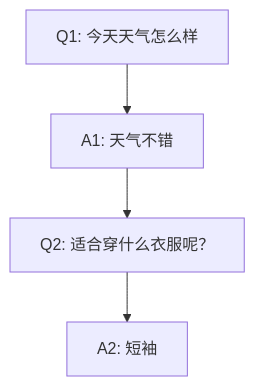
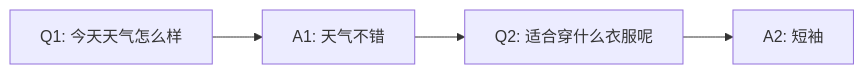
The diagram in _posts/Token-Level的KVCache复用.md (wnma3mz/blog_posts), drawn with Mermaid before and after one commit. The commit also changed other lines of this file and 2 other files, not shown here.

````diff
--- a/_posts/Token-Level的KVCache复用.md
+++ b/_posts/Token-Level的KVCache复用.md
@@ -49,6 +49,6 @@
 ```mermaid
-graph TD
+graph LR
     A[Q1: 今天天气怎么样] --> B[A1: 天气不错]
-    B --> C[Q2: 适合穿什么衣服呢？] 
+    B --> C[Q2: 适合穿什么衣服呢]
     C --> D[A2: 短袖]
 ```
````
